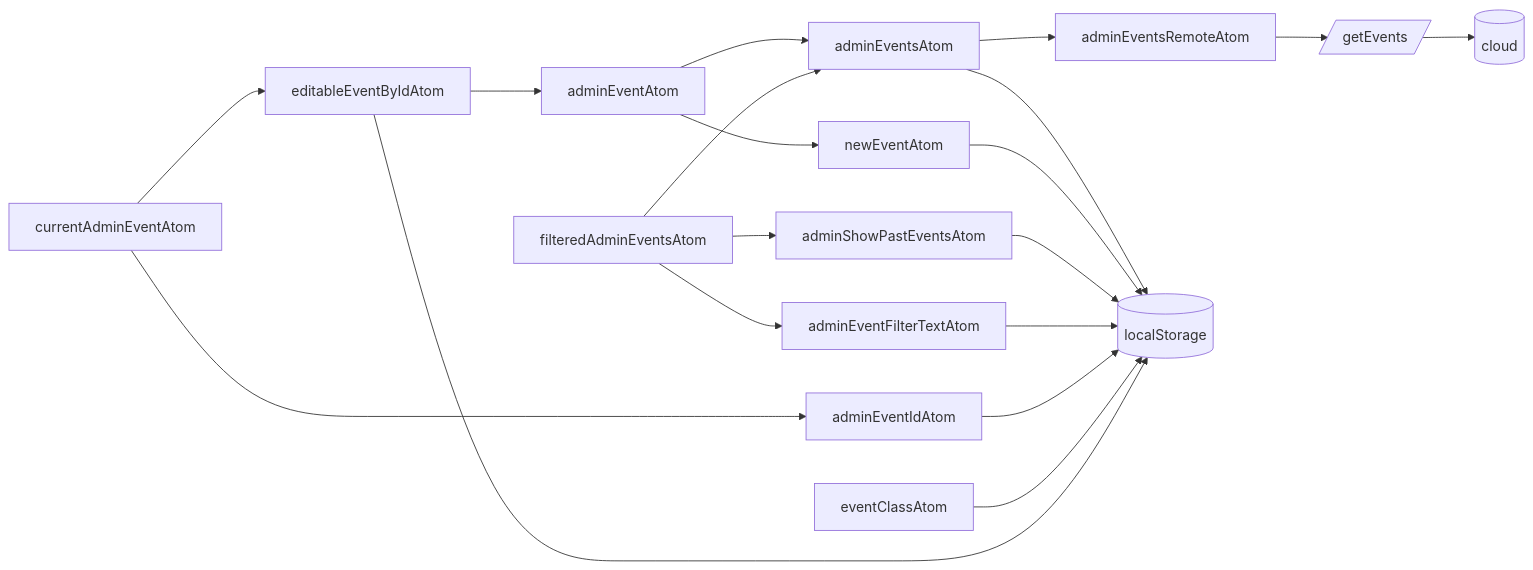
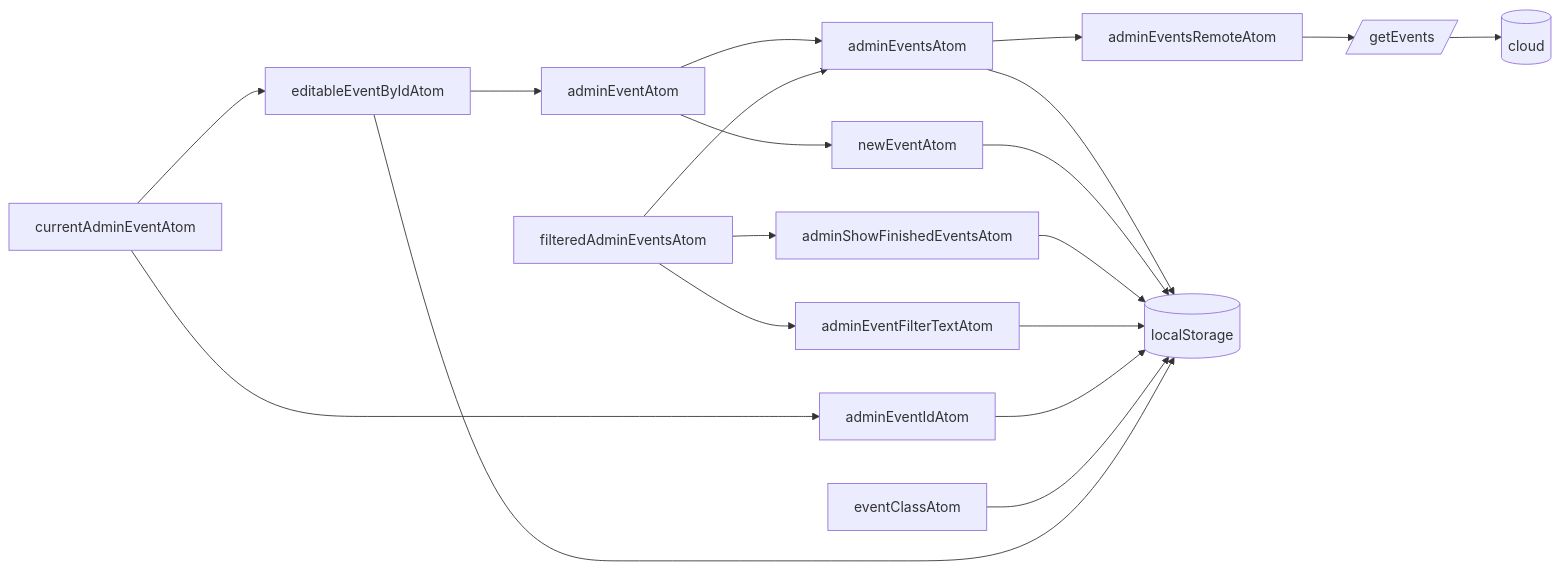
One commit to koekalenteri/koekalenteri changed the first of 4 diagrams in src/pages/admin/state/README.md. Above: the diagram before and after it, drawn with Mermaid. The commit also changed 22 other files, not shown here.

````diff
--- a/src/pages/admin/state/README.md
+++ b/src/pages/admin/state/README.md
@@ -36,27 +36,27 @@
 ```mermaid
 graph LR
   adminEventsAtom-->adminEventsRemoteAtom
   adminEventsAtom-->localStorage
   newEventAtom-->localStorage
-  adminShowPastEventsAtom-->localStorage
+  adminShowFinishedEventsAtom-->localStorage
   adminEventFilterTextAtom-->localStorage
   adminEventIdAtom-->localStorage
   eventClassAtom-->localStorage
   editableEventByIdAtom-->localStorage
   editableEventByIdAtom-->adminEventAtom
 
   localStorage[(localStorage)]
   adminEventsRemoteAtom-->getEvents[/getEvents/]-->aws
 
   adminEventAtom-->newEventAtom
   adminEventAtom-->adminEventsAtom
 
   currentAdminEventAtom-->editableEventByIdAtom
   currentAdminEventAtom-->adminEventIdAtom
 
   filteredAdminEventsAtom-->adminEventsAtom
   filteredAdminEventsAtom-->adminEventFilterTextAtom
-  filteredAdminEventsAtom-->adminShowPastEventsAtom
+  filteredAdminEventsAtom-->adminShowFinishedEventsAtom
 
   aws[(cloud)]
 ```
````
